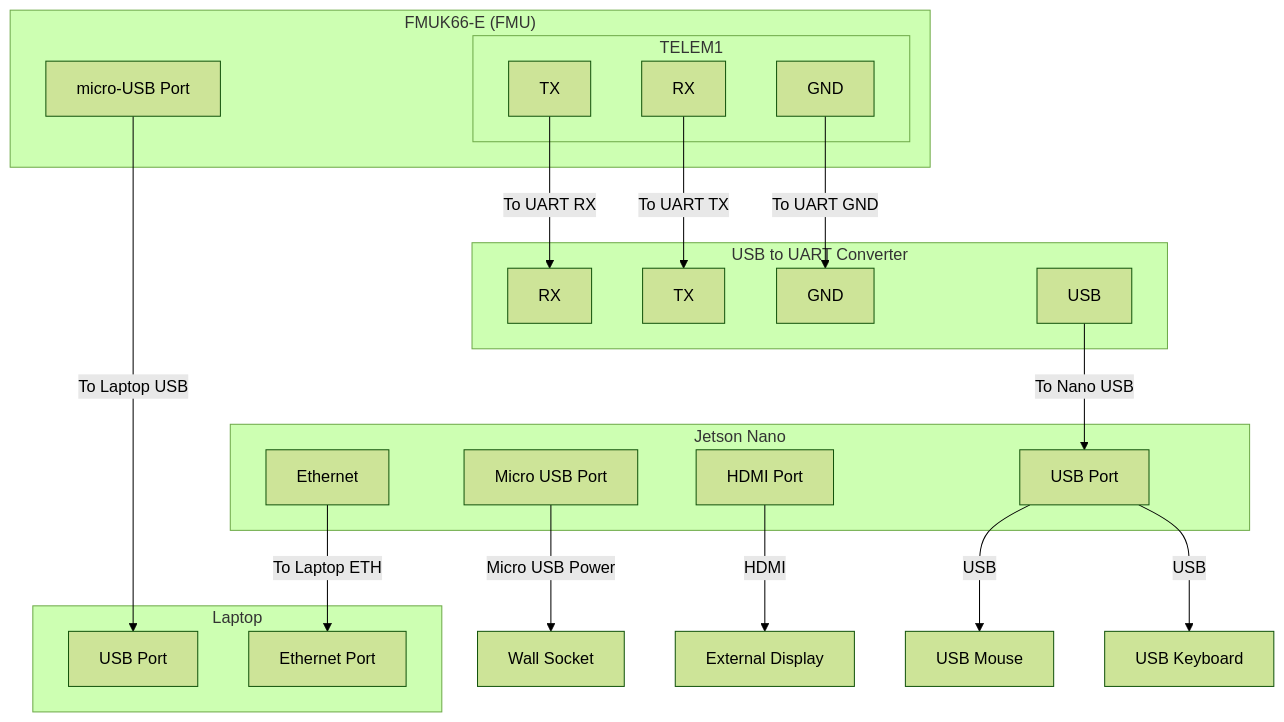
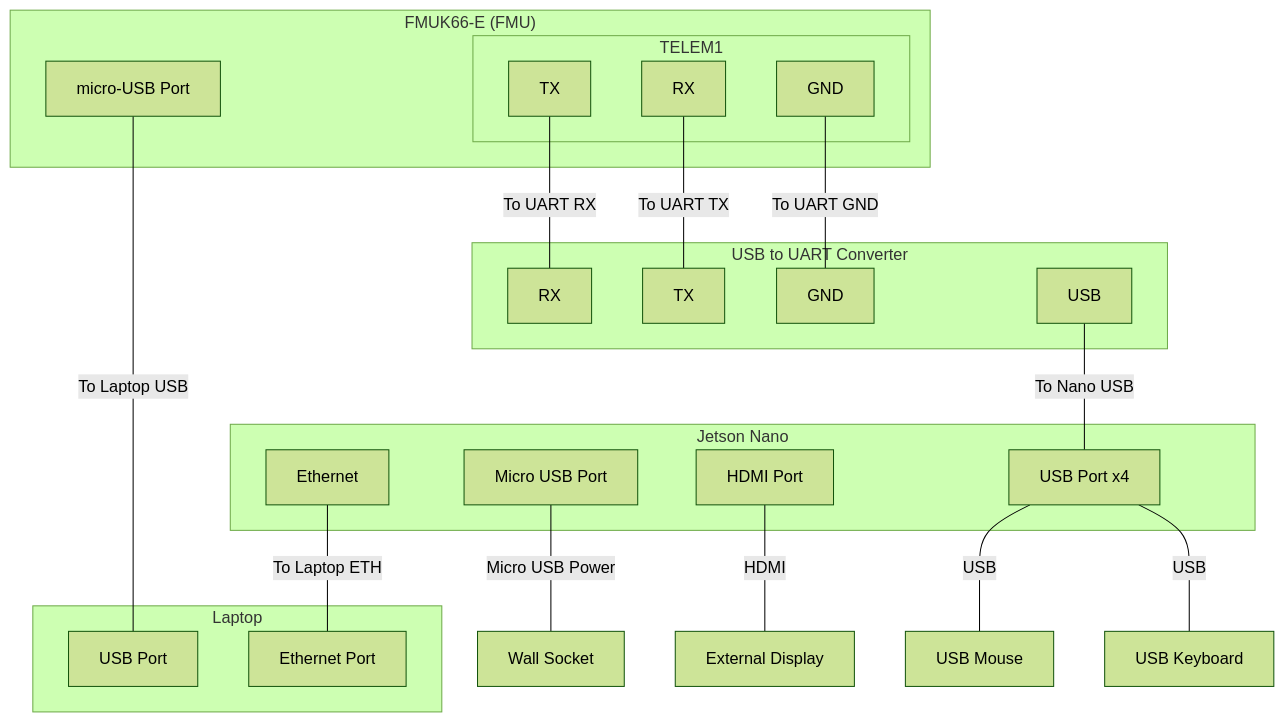
The diagram in docs/pages/developer_guide/hil/jetson_pixhawk.rst (hmakelin/gisnav), drawn with Mermaid (forest theme) before and after one commit. The commit also changed 4 other files, not shown here.

```diff
--- a/docs/pages/developer_guide/hil/jetson_pixhawk.rst
+++ b/docs/pages/developer_guide/hil/jetson_pixhawk.rst
@@ -49,41 +49,41 @@
         .. mermaid::
 
           graph TB
             subgraph "FMUK66-E (FMU)"
                 subgraph "TELEM1"
                     FMU_TELEM1_RX[RX]
                     FMU_TELEM1_TX[TX]
                     FMU_TELEM1_GND[GND]
                 end
                 FMU_USB[micro-USB Port]
             end
             subgraph "Laptop"
                 Laptop_USB[USB Port]
                 Laptop_ETH[Ethernet Port]
             end
             subgraph "Jetson Nano"
-                Nano_USB[USB Port]
+                Nano_USB[USB Port x4]
                 Nano_micro_USB[Micro USB Port]
                 Nano_HDMI[HDMI Port]
                 Nano_ETH[Ethernet]
             end
             subgraph "USB to UART Converter"
                 Converter_RX[RX]
                 Converter_TX[TX]
                 Converter_GND[GND]
                 Converter_USB[USB]
             end
             Socket[Wall Socket]
             Display[External Display]
             Mouse[USB Mouse]
             Keyboard[USB Keyboard]
-            FMU_TELEM1_TX -->|To UART RX| Converter_RX
-            FMU_TELEM1_RX -->|To UART TX| Converter_TX
-            FMU_TELEM1_GND -->|To UART GND| Converter_GND
-            FMU_USB -->|To Laptop USB| Laptop_USB
-            Converter_USB -->|To Nano USB| Nano_USB
-            Nano_micro_USB -->|Micro USB Power| Socket
-            Nano_HDMI -->|HDMI| Display
-            Nano_USB -->|USB| Mouse
-            Nano_USB -->|USB| Keyboard
-            Nano_ETH -->|To Laptop ETH| Laptop_ETH
+            FMU_TELEM1_TX ---|To UART RX| Converter_RX
+            FMU_TELEM1_RX ---|To UART TX| Converter_TX
+            FMU_TELEM1_GND ---|To UART GND| Converter_GND
+            FMU_USB ---|To Laptop USB| Laptop_USB
+            Converter_USB ---|To Nano USB| Nano_USB
+            Nano_micro_USB ---|Micro USB Power| Socket
+            Nano_HDMI ---|HDMI| Display
+            Nano_USB ---|USB| Mouse
+            Nano_USB ---|USB| Keyboard
+            Nano_ETH ---|To Laptop ETH| Laptop_ETH
```
